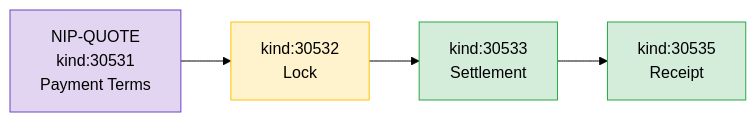
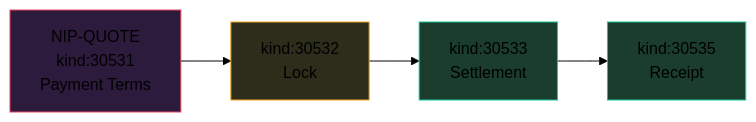
The fourth of 5 diagrams in NIP-ESCROW.md (forgesworn/nip-drafts), drawn with Mermaid (forest theme) before and after one commit. The commit also changed other lines of this file and 3 other files, not shown here.

Commit message:
fix: dark theme colours in inline Mermaid blocks (markdown files)

````diff
--- a/NIP-ESCROW.md
+++ b/NIP-ESCROW.md
@@ -384,16 +384,16 @@
 ```mermaid
 flowchart LR
     NQ["NIP-QUOTE\nkind:30531\nPayment Terms"]
     L["kind:30532\nLock"]
     S["kind:30533\nSettlement"]
     Rcpt["kind:30535\nReceipt"]
 
     NQ --> L
     L --> S
     S --> Rcpt
 
-    style NQ fill:#e2d5f1,stroke:#6f42c1
-    style L fill:#fff3cd,stroke:#ffc107
-    style S fill:#d4edda,stroke:#28a745
-    style Rcpt fill:#d4edda,stroke:#28a745
+    style NQ fill:#2d1b3d,stroke:#e94560
+    style L fill:#2d2d1b,stroke:#f5a623
+    style S fill:#1b3d2d,stroke:#16c79a
+    style Rcpt fill:#1b3d2d,stroke:#16c79a
 ```
````
